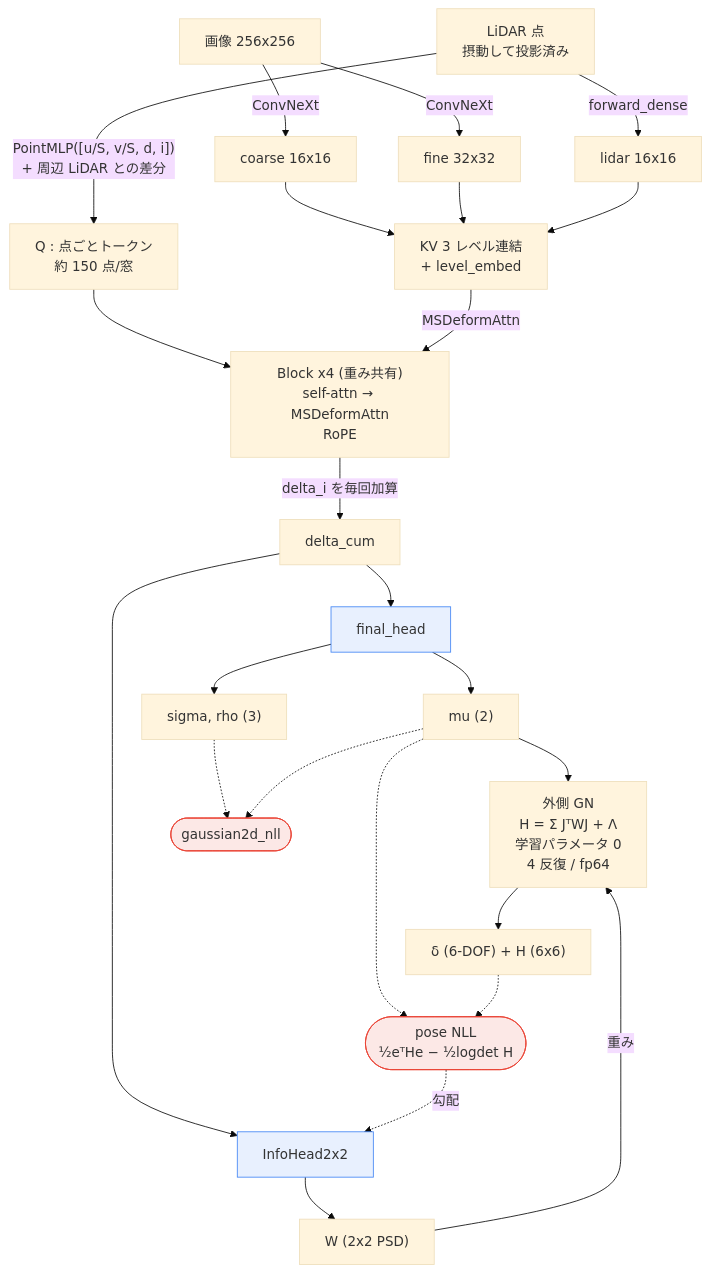
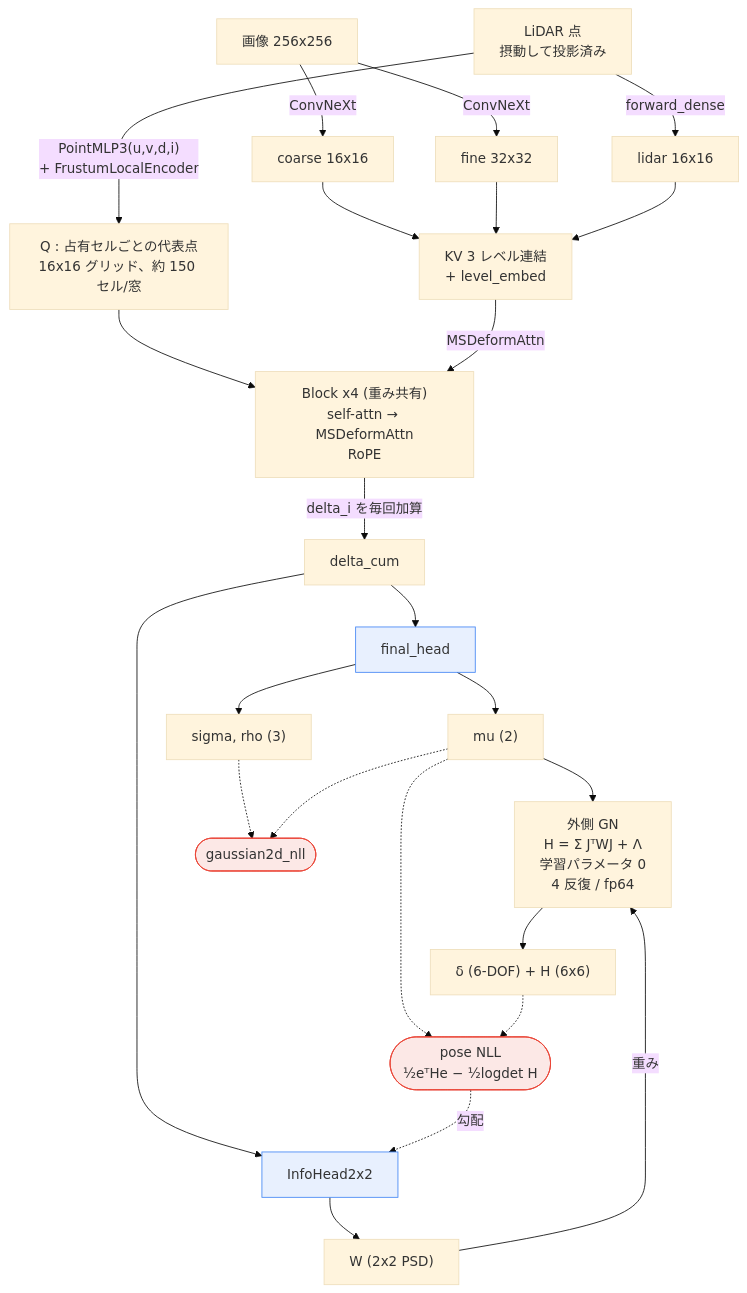
The sixth of 6 diagrams in docs/2026-08-31_nuscenes-calibration.md (matoge/e2e_calib), drawn with Mermaid (base theme) before and after one commit. The commit also changed other lines of this file and 1 other file, not shown here.

First line of the commit message:
docs: Query は点ごとではなく占有セルごと、近傍集約は PointNet++ 型

````diff
--- a/docs/2026-08-31_nuscenes-calibration.md
+++ b/docs/2026-08-31_nuscenes-calibration.md
@@ -551,36 +551,36 @@
 ```mermaid
 flowchart TB
   IMG["画像 256x256"] -->|ConvNeXt| COARSE["coarse 16x16"]
   IMG -->|ConvNeXt| FINE["fine 32x32"]
   LID["LiDAR 点<br/>摂動して投影済み"] -->|forward_dense| LDMAP["lidar 16x16"]
-  LID -->|"PointMLP([u/S, v/S, d, i])<br/>+ 周辺 LiDAR との差分"| Q["Q : 点ごとトークン<br/>約 150 点/窓"]
+  LID -->|"PointMLP3(u,v,d,i)<br/>+ FrustumLocalEncoder"| Q["Q : 占有セルごとの代表点<br/>16x16 グリッド、約 150 セル/窓"]
 
   COARSE --> KV["KV 3 レベル連結<br/>+ level_embed"]
   FINE --> KV
   LDMAP --> KV
 
   Q --> BLK
   KV -->|"MSDeformAttn"| BLK["Block x4 (重み共有)<br/>self-attn → MSDeformAttn<br/>RoPE"]
   BLK -->|"delta_i を毎回加算"| DC["delta_cum"]
 
   DC --> FH["final_head"]
   DC --> IH["InfoHead2x2"]
   FH --> MU["mu (2)"]
   FH --> SIG["sigma, rho (3)"]
   IH --> W["W (2x2 PSD)"]
 
   MU --> GN
   W -->|"重み"| GN["外側 GN<br/>H = Σ JᵀWJ + Λ<br/>学習パラメータ 0<br/>4 反復 / fp64"]
   GN --> OUT["δ (6-DOF) + H (6x6)"]
 
   SIG -.-> L1(["gaussian2d_nll"])
   MU -.-> L1
   MU -.-> L2(["pose NLL<br/>½eᵀHe − ½logdet H"])
   OUT -.-> L2
   L2 -.->|"勾配"| IH
 
   classDef head fill:#e8f0fe,stroke:#4285f4
   classDef loss fill:#fce8e6,stroke:#ea4335
   class FH,IH head
   class L1,L2 loss
 ```
````
